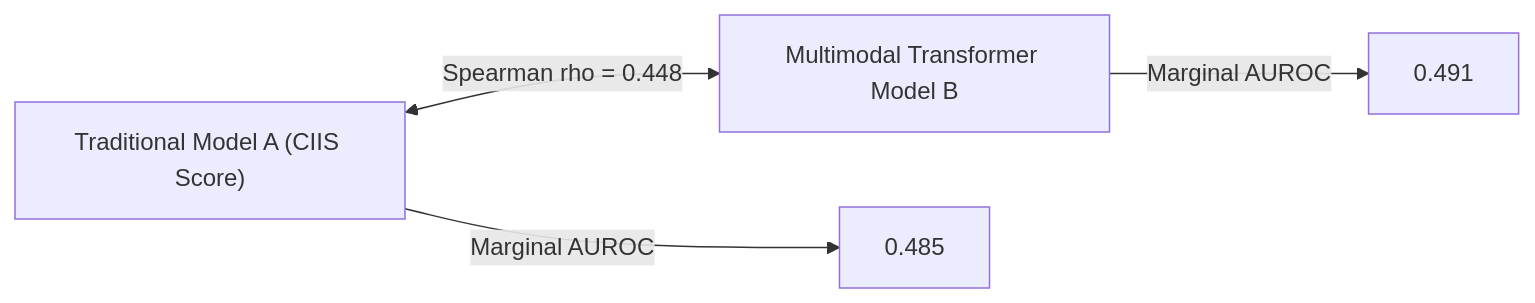
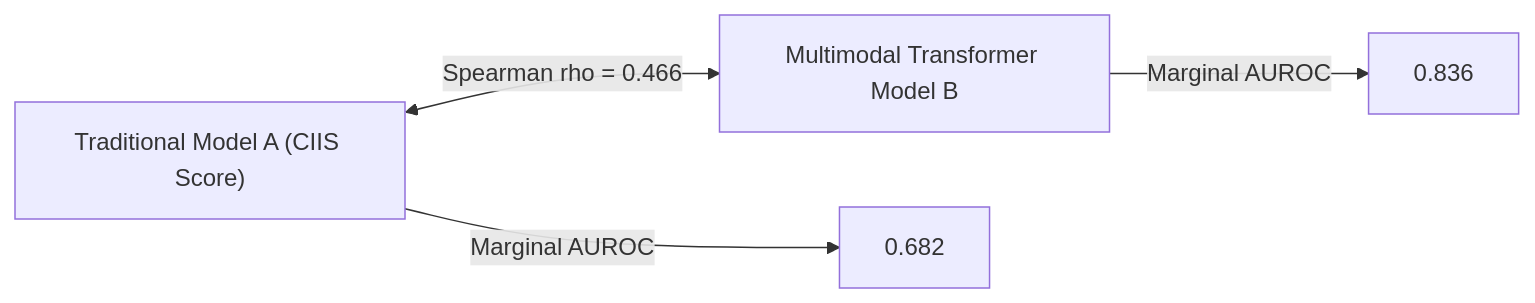
The diagram in reports/primary-results.md (SaehwanPark/ecg-model-alignment), drawn with Mermaid before and after one commit. The commit also changed other lines of this file and 8 other files, not shown here.

````diff
--- a/reports/primary-results.md
+++ b/reports/primary-results.md
@@ -30,6 +30,6 @@
 ```mermaid
 flowchart LR
-  A["Traditional Model A (CIIS Score)"] <--> |"Spearman rho = 0.448"| B["Multimodal Transformer Model B"]
-  A -->|"Marginal AUROC"| MA["0.485"]
-  B -->|"Marginal AUROC"| MB["0.491"]
+  A["Traditional Model A (CIIS Score)"] <--> |"Spearman rho = 0.466"| B["Multimodal Transformer Model B"]
+  A -->|"Marginal AUROC"| MA["0.682"]
+  B -->|"Marginal AUROC"| MB["0.836"]
 ```
````
